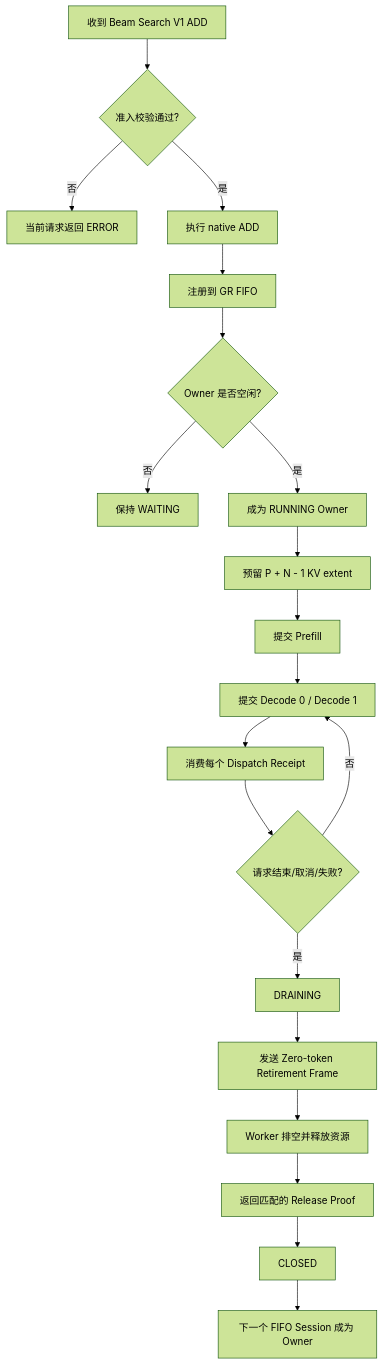
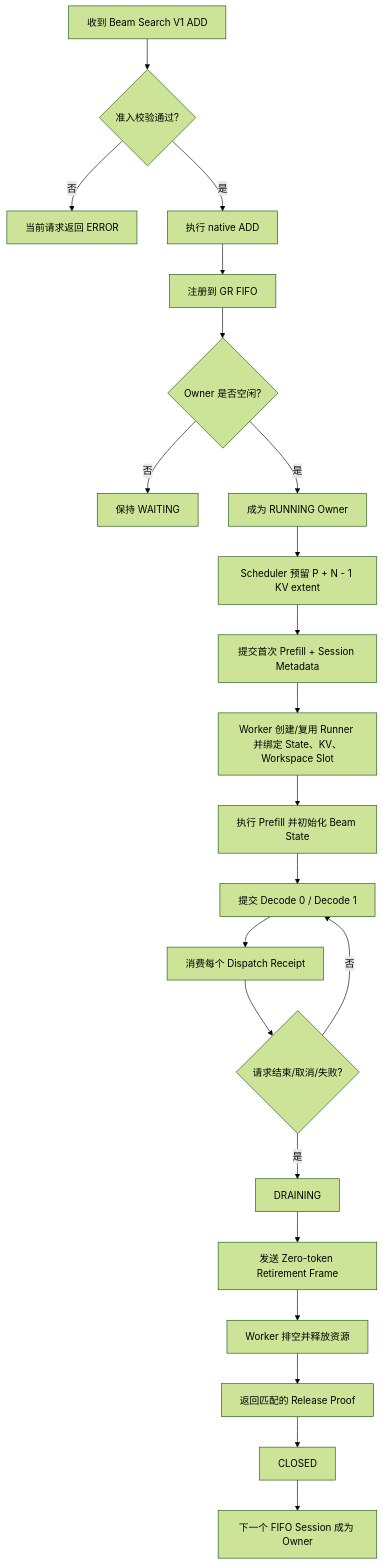
One commit to ZhiYunpenghuawei/p1 changed the second of 9 diagrams in Async_schedule_design.md. Above: the diagram before and after it, drawn with Mermaid (forest theme). The commit also changed other lines of this file, not shown here.

````diff
--- a/Async_schedule_design.md
+++ b/Async_schedule_design.md
@@ -78,22 +79,24 @@
 ```mermaid
 flowchart TD
     A[收到 Beam Search V1 ADD] --> B{准入校验通过?}
     B -->|否| X[当前请求返回 ERROR]
     B -->|是| C[执行 native ADD]
     C --> D[注册到 GR FIFO]
     D --> E{Owner 是否空闲?}
     E -->|否| F[保持 WAITING]
     E -->|是| G[成为 RUNNING Owner]
-    G --> H[预留 P + N - 1 KV extent]
-    H --> I[提交 Prefill]
-    I --> J[提交 Decode 0 / Decode 1]
+    G --> H[Scheduler 预留 P + N - 1 KV extent]
+    H --> I[提交首次 Prefill + Session Metadata]
+    I --> WB[Worker 创建/复用 Runner 并绑定 State、KV、Workspace Slot]
+    WB --> PF[执行 Prefill 并初始化 Beam State]
+    PF --> J[提交 Decode 0 / Decode 1]
     J --> K[消费每个 Dispatch Receipt]
     K --> L{请求结束/取消/失败?}
     L -->|否| J
     L -->|是| M[DRAINING]
     M --> N[发送 Zero-token Retirement Frame]
     N --> O[Worker 排空并释放资源]
     O --> P[返回匹配的 Release Proof]
     P --> Q[CLOSED]
     Q --> R[下一个 FIFO Session 成为 Owner]
 ```
````
